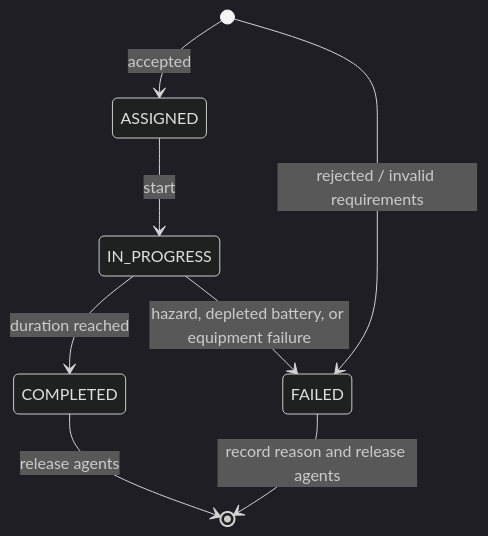
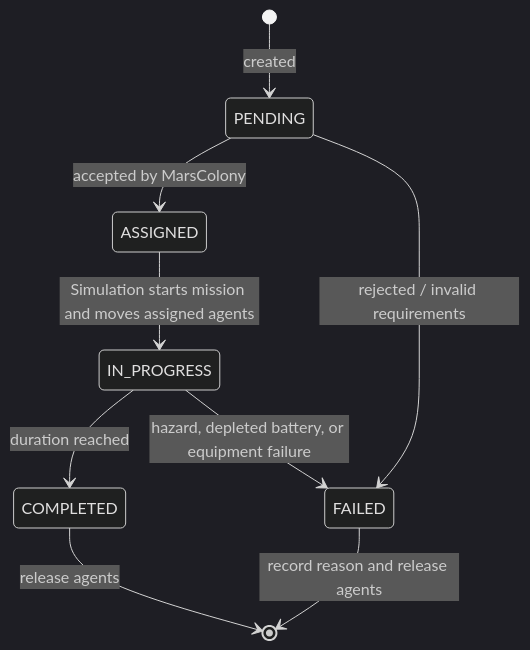
One commit to Toqa-Elsaqqa/MarsColony changed the diagram in docs/state_machine_mission.md. Above: the diagram before and after it, drawn with Mermaid (dark theme). The commit also changed 34 other files, not shown here.

````diff
--- a/docs/state_machine_mission.md
+++ b/docs/state_machine_mission.md
@@ -3,10 +3,11 @@
 ```mermaid
 stateDiagram-v2
-    [*] --> ASSIGNED: accepted
-    [*] --> FAILED: rejected / invalid requirements
-    ASSIGNED --> IN_PROGRESS: start
+    [*] --> PENDING: created
+    PENDING --> ASSIGNED: accepted by MarsColony
+    PENDING --> FAILED: rejected / invalid requirements
+    ASSIGNED --> IN_PROGRESS: Simulation starts mission and moves assigned agents
     IN_PROGRESS --> COMPLETED: duration reached
     IN_PROGRESS --> FAILED: hazard, depleted battery, or equipment failure
     COMPLETED --> [*]: release agents
     FAILED --> [*]: record reason and release agents
 ```
````
